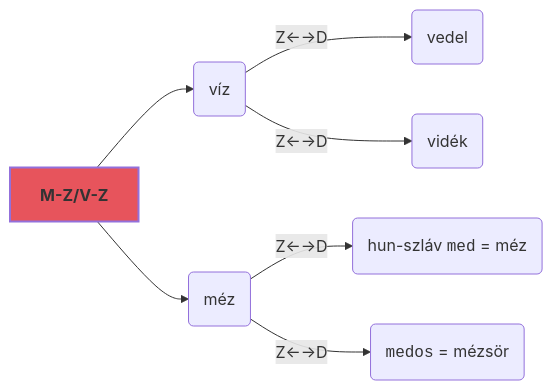
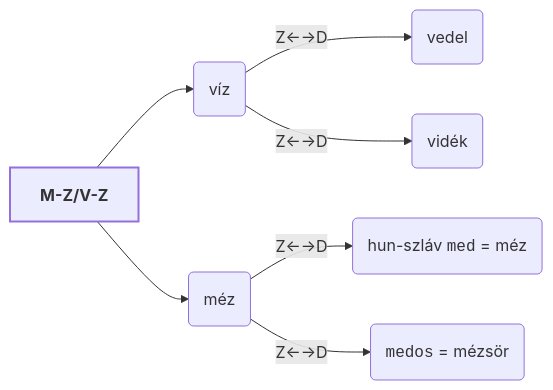
The ninth of 11 diagrams in src/site/notes/B/Balk.md (zanodor/TUDDASSTTARR), drawn with Mermaid before and after one commit. The commit also changed other lines of this file, not shown here.

````diff
--- a/src/site/notes/B/Balk.md
+++ b/src/site/notes/B/Balk.md
@@ -95,14 +132,17 @@
 ```mermaid
 flowchart LR
-head[<b>M-Z/V-Z</b>]
-lvl2_a("víz")
-lvl2_b("méz")
-lvl3_a("vedel")
-lvl3_b("vidék")
-lvl3_c("hun-szláv <code>med</code> = méz")
-lvl3_d("<code>medos</code> = mézsör")
-head --> lvl2_a & lvl2_b
-lvl2_a -- Z←→D -->  lvl3_a & lvl3_b
-lvl2_b -- Z←→D -->  lvl3_c & lvl3_d
-style head fill:#e7545c,stroke-width:2px,stroke-dasharray: 0
+
+	head[<b>M-Z/V-Z</b>]
+	lvl2_a("víz")
+	lvl2_b("méz")
+	lvl3_a("vedel")
+	lvl3_b("vidék")
+	lvl3_c("hun-szláv <code>med</code> = méz")
+	lvl3_d("<code>medos</code> = mézsör")
+
+	head --> lvl2_a & lvl2_b
+	lvl2_a -- "Z←→D" -->  lvl3_a & lvl3_b
+	lvl2_b -- "Z←→D" -->  lvl3_c & lvl3_d
+
+	style head stroke-width:2px,stroke-dasharray: 0
 ```
````
